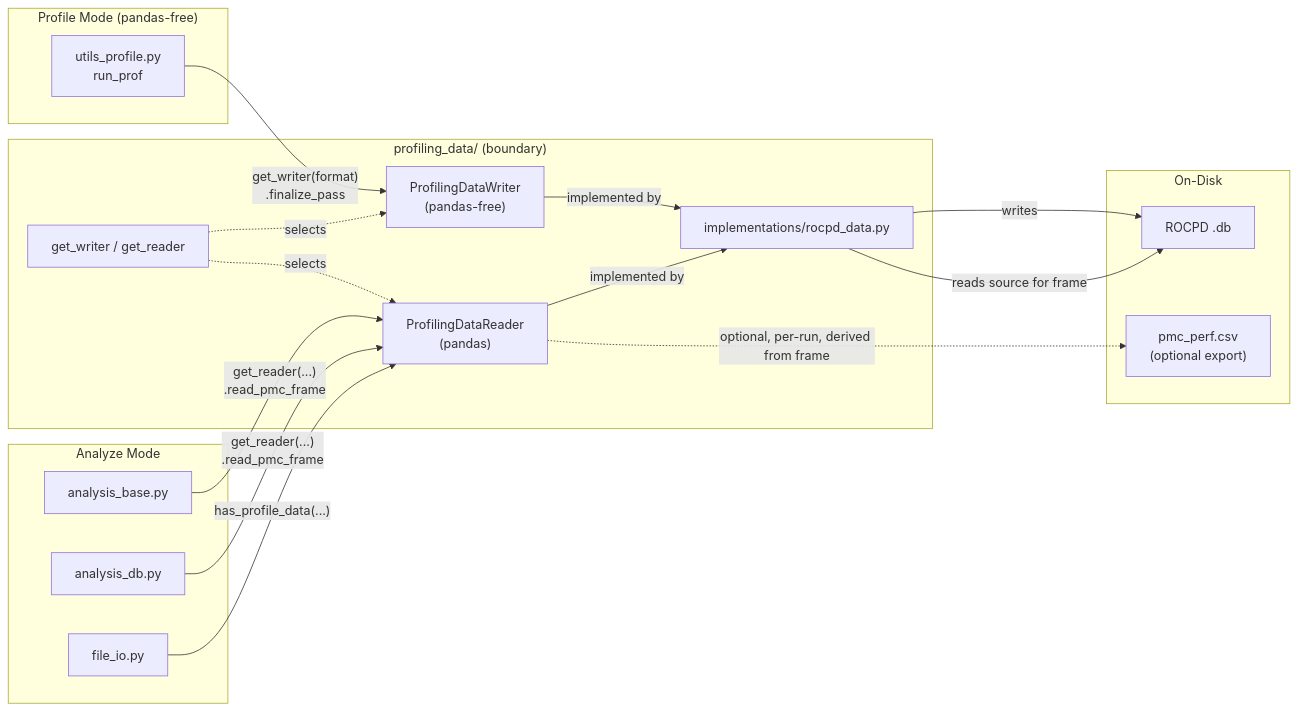
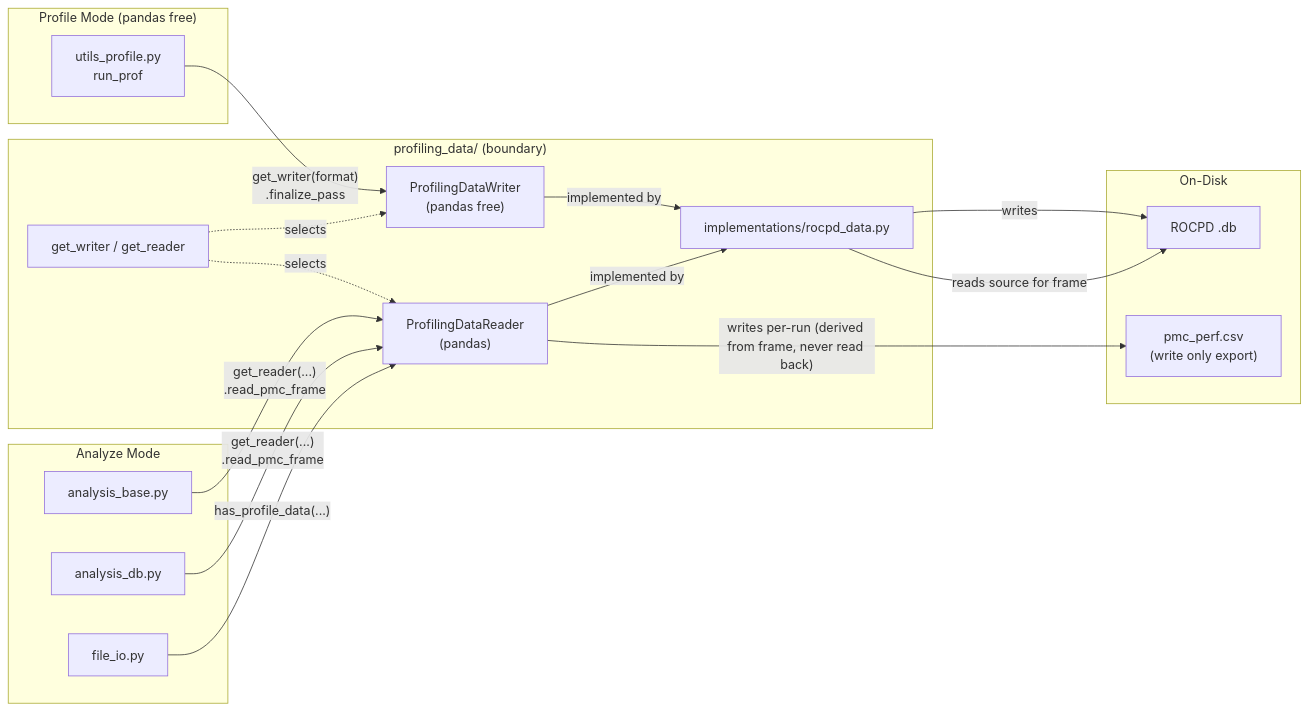
One commit to bergetbjork/rocm-systems changed the fourth of 8 diagrams in projects/rocprofiler-compute/docs/design/profile_interface_architecture.md. Above: the diagram before and after it, drawn with Mermaid. The commit also changed other lines of this file, not shown here.

````diff
--- a/projects/rocprofiler-compute/docs/design/profile_interface_architecture.md
+++ b/projects/rocprofiler-compute/docs/design/profile_interface_architecture.md
@@ -248,33 +251,33 @@
 ```mermaid
 flowchart LR
-    subgraph profile["Profile Mode (pandas-free)"]
+    subgraph profile["Profile Mode (pandas free)"]
         uprof["utils_profile.py<br/>run_prof"]
     end
     subgraph analyze["Analyze Mode"]
         abase["analysis_base.py"]
         adb["analysis_db.py"]
         fio["file_io.py"]
     end
     subgraph iface["profiling_data/ (boundary)"]
-        writer["ProfilingDataWriter<br/>(pandas-free)"]
+        writer["ProfilingDataWriter<br/>(pandas free)"]
         reader["ProfilingDataReader<br/>(pandas)"]
         sel["get_writer / get_reader"]
         rocpd["implementations/rocpd_data.py"]
     end
     subgraph disk["On-Disk"]
         db["ROCPD .db"]
-        pmcExport["pmc_perf.csv<br/>(optional export)"]
+        pmcExport["pmc_perf.csv<br/>(write only export)"]
     end
 
     uprof -->|"get_writer(format)<br/>.finalize_pass"| writer
     abase -->|"get_reader(...)<br/>.read_pmc_frame"| reader
     adb -->|"get_reader(...)<br/>.read_pmc_frame"| reader
     fio -->|"has_profile_data(...)"| reader
     sel -.->|"selects"| writer
     sel -.->|"selects"| reader
     writer -->|"implemented by"| rocpd
     reader -->|"implemented by"| rocpd
     rocpd -->|"writes"| db
     rocpd -->|"reads source for frame"| db
-    reader -.->|"optional, per-run, derived from frame"| pmcExport
+    reader -->|"writes per-run (derived from frame, never read back)"| pmcExport
 ```
````
